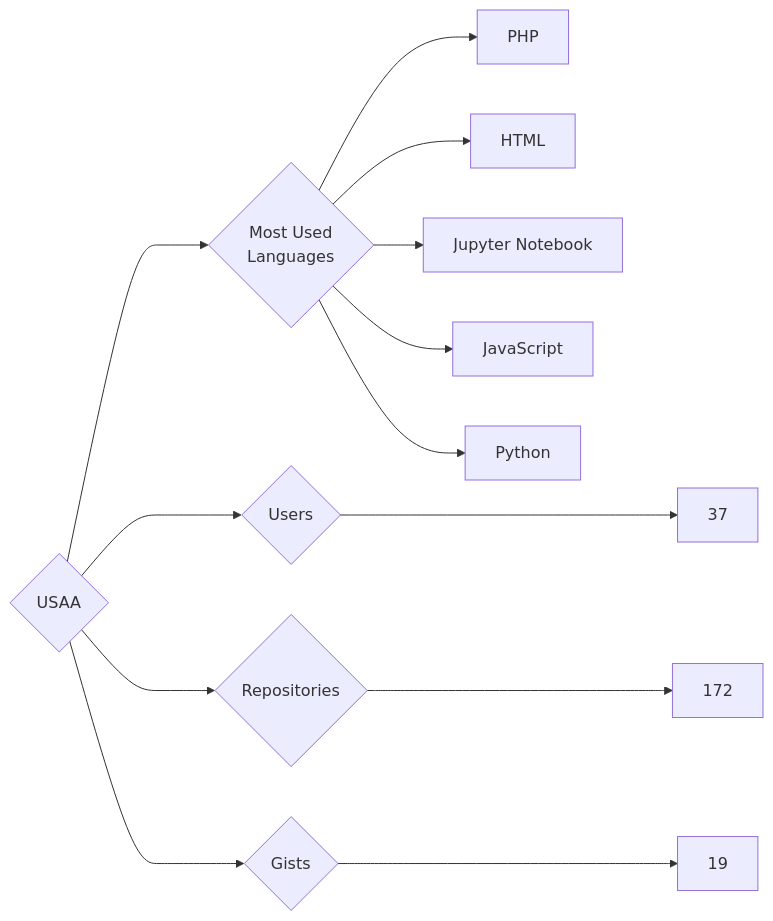
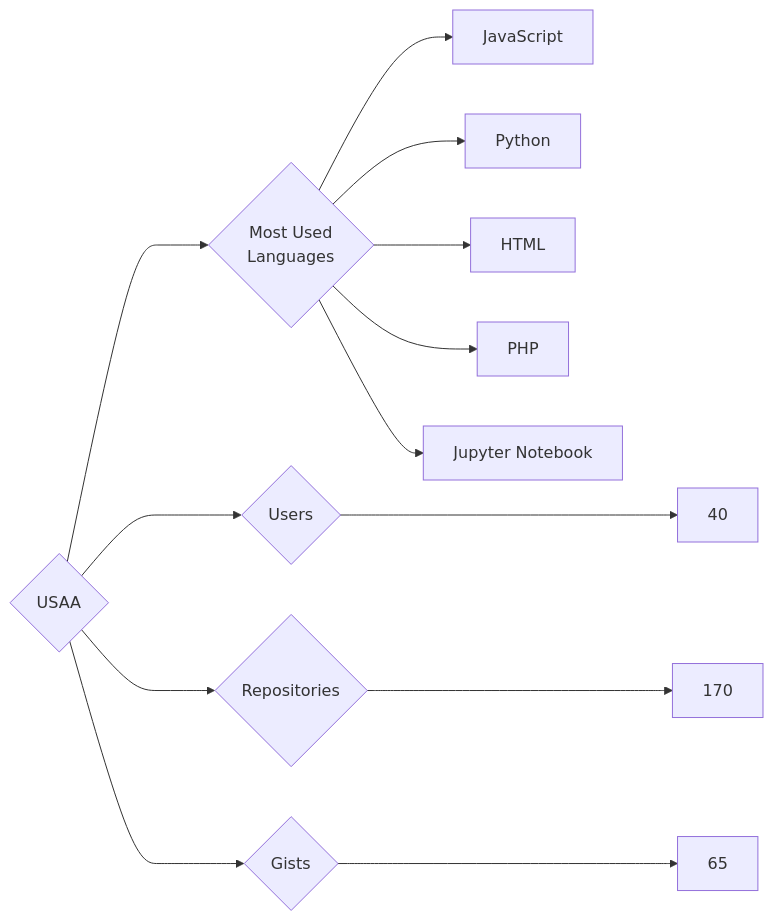
Before and after one commit to trickest/insiders: the diagram in targets/USAA/README.md, drawn with Mermaid. The commit also changed 715 other files, not shown here.

````diff
--- a/targets/USAA/README.md
+++ b/targets/USAA/README.md
@@ -3,13 +3,13 @@
 ```mermaid
 graph LR
 COMPANY_NAME{USAA}
-COMPANY_NAME ---> U{Users} ---> UN[37]
-COMPANY_NAME ---> R{Repositories} ---> RN[172]
-COMPANY_NAME ---> G{Gists} ---> GN[19]
+COMPANY_NAME ---> U{Users} ---> UN[40]
+COMPANY_NAME ---> R{Repositories} ---> RN[170]
+COMPANY_NAME ---> G{Gists} ---> GN[65]
 COMPANY_NAME ---> ML{Most Used<br>Languages}
-ML --> PHP[PHP]
-ML --> HTML[HTML]
-ML --> Jupyter_Notebook[Jupyter Notebook]
 ML --> JavaScript[JavaScript]
 ML --> Python[Python]
+ML --> HTML[HTML]
+ML --> PHP[PHP]
+ML --> Jupyter_Notebook[Jupyter Notebook]
 ```
````
